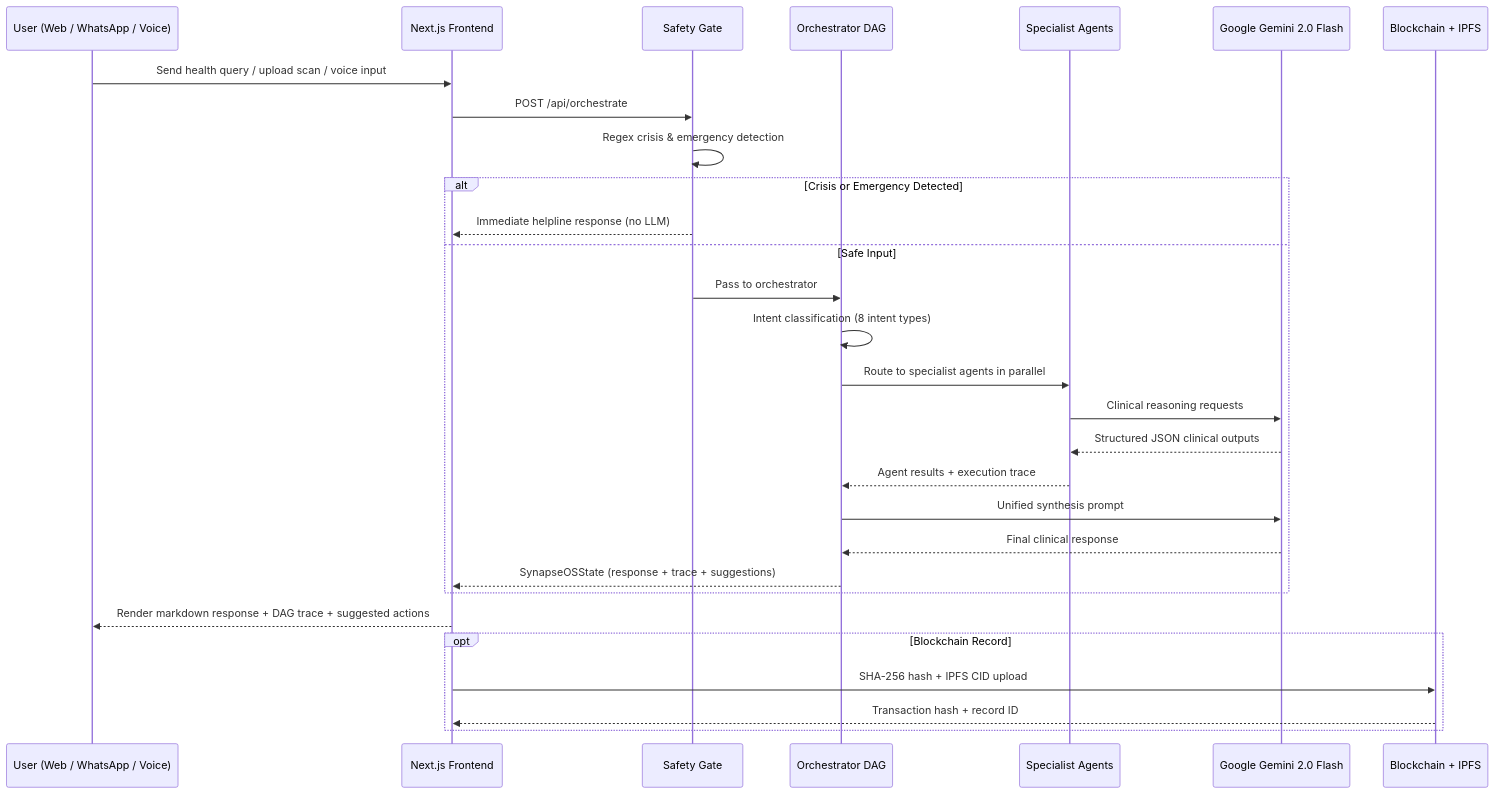
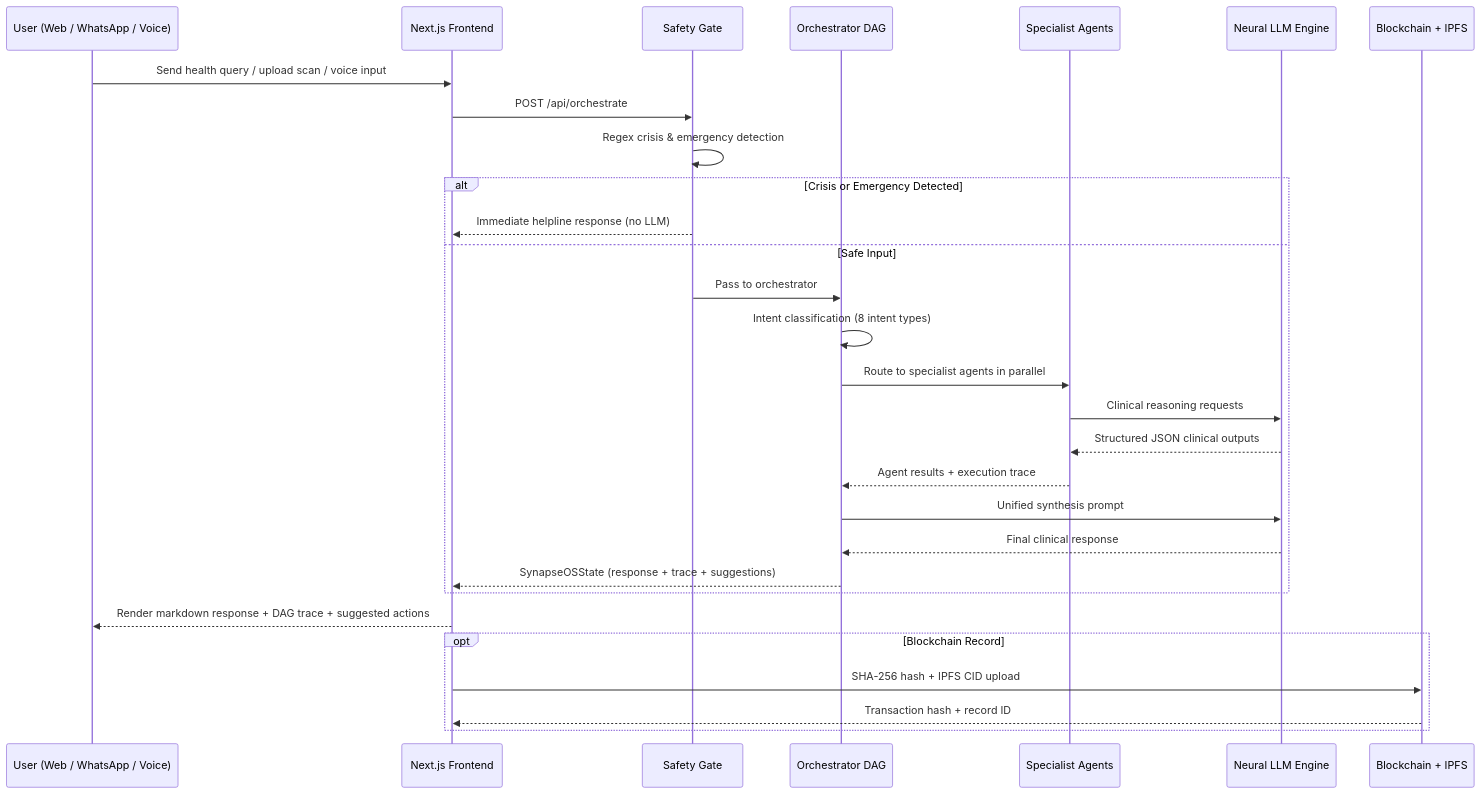
Before and after one commit to Rachit-Tiwari-7/SYNAPSE-NEURAL: the second of 2 diagrams in README.md, drawn with Mermaid. The commit also changed other lines of this file, not shown here.

````diff
--- a/README.md
+++ b/README.md
@@ -724,33 +530,31 @@
 ```mermaid
 sequenceDiagram
     participant U as User (Web / WhatsApp / Voice)
     participant FE as Next.js Frontend
     participant GATE as Safety Gate
     participant ORCH as Orchestrator DAG
     participant AGENTS as Specialist Agents
-    participant LLM as Google Gemini 2.0 Flash
+    participant LLM as Neural LLM Engine
     participant CHAIN as Blockchain + IPFS
-
     U->>FE: Send health query / upload scan / voice input
     FE->>GATE: POST /api/orchestrate
     GATE->>GATE: Regex crisis & emergency detection
     alt Crisis or Emergency Detected
         GATE-->>FE: Immediate helpline response (no LLM)
     else Safe Input
         GATE->>ORCH: Pass to orchestrator
         ORCH->>ORCH: Intent classification (8 intent types)
         ORCH->>AGENTS: Route to specialist agents in parallel
         AGENTS->>LLM: Clinical reasoning requests
         LLM-->>AGENTS: Structured JSON clinical outputs
         AGENTS-->>ORCH: Agent results + execution trace
         ORCH->>LLM: Unified synthesis prompt
         LLM-->>ORCH: Final clinical response
         ORCH-->>FE: SynapseOSState (response + trace + suggestions)
     end
     FE-->>U: Render markdown response + DAG trace + suggested actions
-
     opt Blockchain Record
         FE->>CHAIN: SHA-256 hash + IPFS CID upload
         CHAIN-->>FE: Transaction hash + record ID
     end
 ```
````
